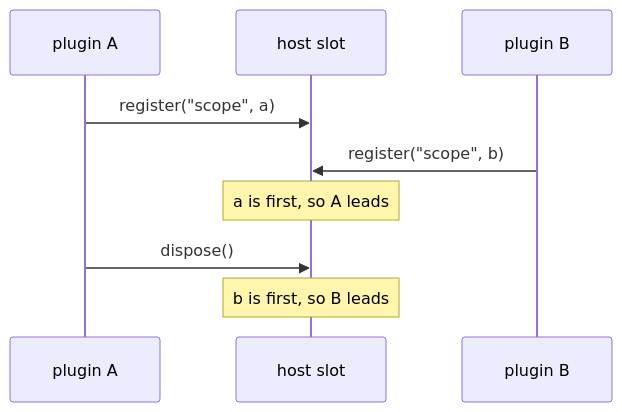
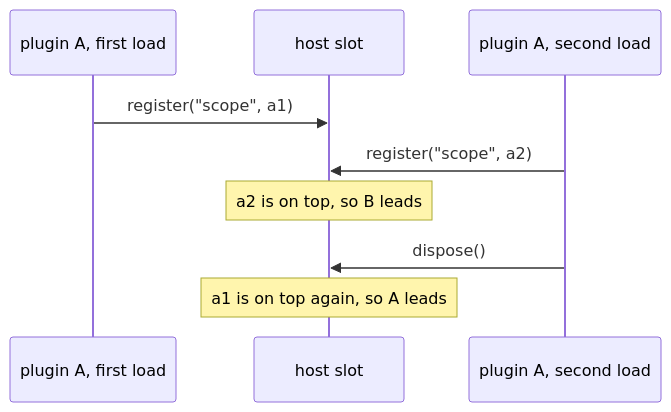
One commit to wrkhse/tack changed the diagram in src/host/README.md. Above: the diagram before and after it, drawn with Mermaid. The commit also changed other lines of this file and 2 other files, not shown here.

````diff
--- a/src/host/README.md
+++ b/src/host/README.md
@@ -47,11 +62,11 @@
 ```mermaid
 sequenceDiagram
-    participant A as plugin A
+    participant A as plugin A, first load
     participant S as host slot
-    participant B as plugin B
-    A->>S: register("scope", a)
-    B->>S: register("scope", b)
-    Note over S: a is first, so A leads
-    A->>S: dispose()
-    Note over S: b is first, so B leads
+    participant B as plugin A, second load
+    A->>S: register("scope", a1)
+    B->>S: register("scope", a2)
+    Note over S: a2 is on top, so B leads
+    B->>S: dispose()
+    Note over S: a1 is on top again, so A leads
 ```
````
